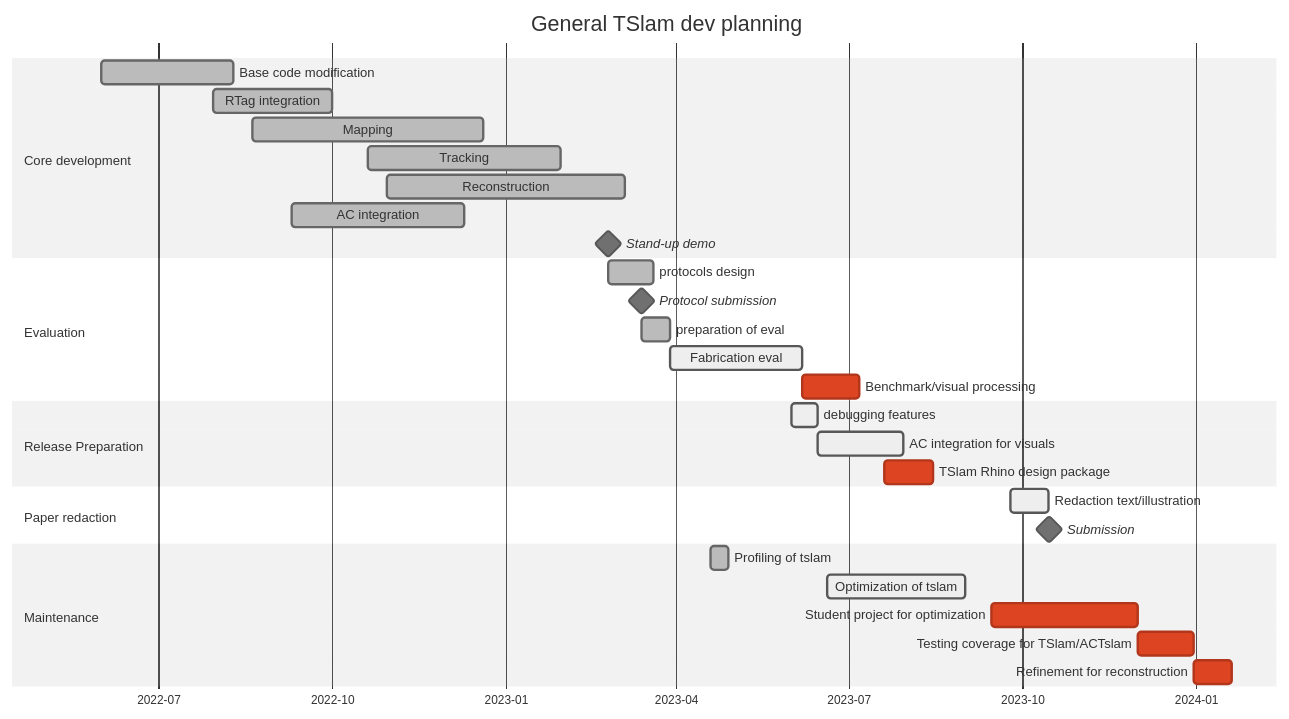
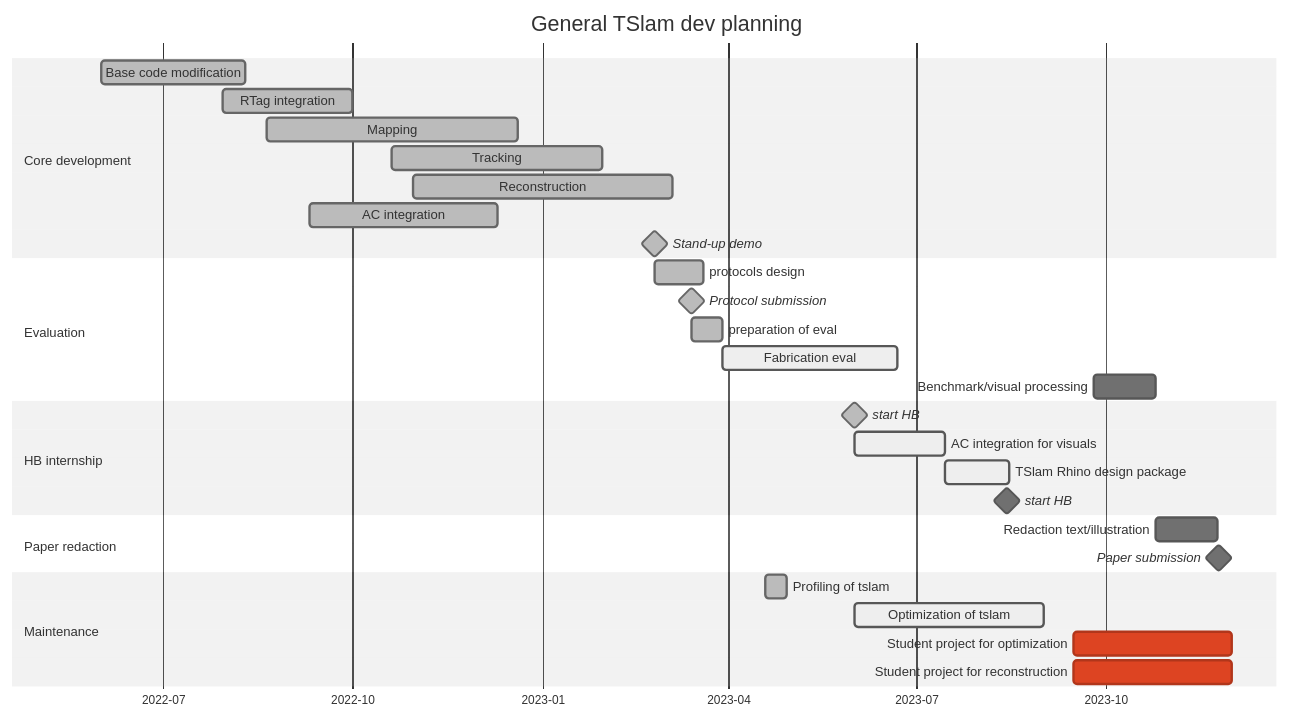
One commit to ibois-epfl/TSlam changed the diagram in README.md. Above: the diagram before and after it, drawn with Mermaid (neutral theme).

Commit message:
WIP: updated planning

````diff
--- a/README.md
+++ b/README.md
@@ -10,38 +10,38 @@
 ```mermaid
 gantt
     dateFormat  YYYY-MM-DD
     title       General TSlam dev planning
     axisFormat %Y-%m
 
     section Core development
     Base code modification          :done, ucm, 2022-06-01, 2022-08-10
     RTag integration                :done, rti, 2022-07-30, 2022-10-01
     Mapping                         :done, map, 2022-08-20, 2022-12-20
     Tracking                        :done, trck, 2022-10-20, 2023-01-30
     Reconstruction                  :done, rec, 2022-10-30, 2023-03-05
     AC integration                  :done, aci, 2022-09-10, 2022-12-10
-    Stand-up demo                   :milestone, 2023-02-24, 0d
+    Stand-up demo                   :milestone, done, 2023-02-24, 0d
 
     section Evaluation
     protocols design                :done, ptrd, 2023-02-24, 2023-03-20
-    Protocol submission             :milestone, 2023-03-14, 0d
+    Protocol submission             :milestone, done, 2023-03-14, 0d
     preparation of eval             :done, 15d
-    Fabrication eval                :active, 70d
-    Benchmark/visual processing     :crit, 30d
+    Fabrication eval                :active, 85d
+    Benchmark/visual processing     :bvpr, 2023-09-25, 30d
     
-    section Release Preparation
-    debugging features              :active, 2023-06-01, 2023-06-15
-    AC integration for visuals      :active, 2023-06-15, 2023-07-30
-    TSlam Rhino design package      :crit, 2023-07-20, 2023-08-15
+    section HB internship
+    start HB                        :milestone, done, 2023-06-01,
+    AC integration for visuals      :active,2023-06-01, 2023-07-15
+    TSlam Rhino design package      :active, 2023-07-15, 2023-08-15
+    start HB                        :milestone, 2023-08-14,
 
     section Paper redaction
-    Redaction text/illustration     :active, pprd, 2023-09-25, 20d
-    Submission                      :milestone, 1d
+    Redaction text/illustration     :pprd, after bvpr, 30d
+    Paper submission                :milestone, after pprd, 1d
     
-    section Maintenance            
+    section Maintenance
     Profiling of tslam                  :done, opti, 2023-04-19, 10d
-    Optimization of tslam               :active, 2023-06-20, 2023-09-01
+    Optimization of tslam               :active, 2023-06-01, 2023-09-01
     Student project for optimization    :crit, 90d, 2023-09-15, 2023-12-01
-    Testing coverage for TSlam/ACTslam  :crit, 30d
-    Refinement for reconstruction       :crit, 20d
+    Student project for reconstruction  :crit, 90d, 2023-09-15, 2023-12-01
 ```
````
